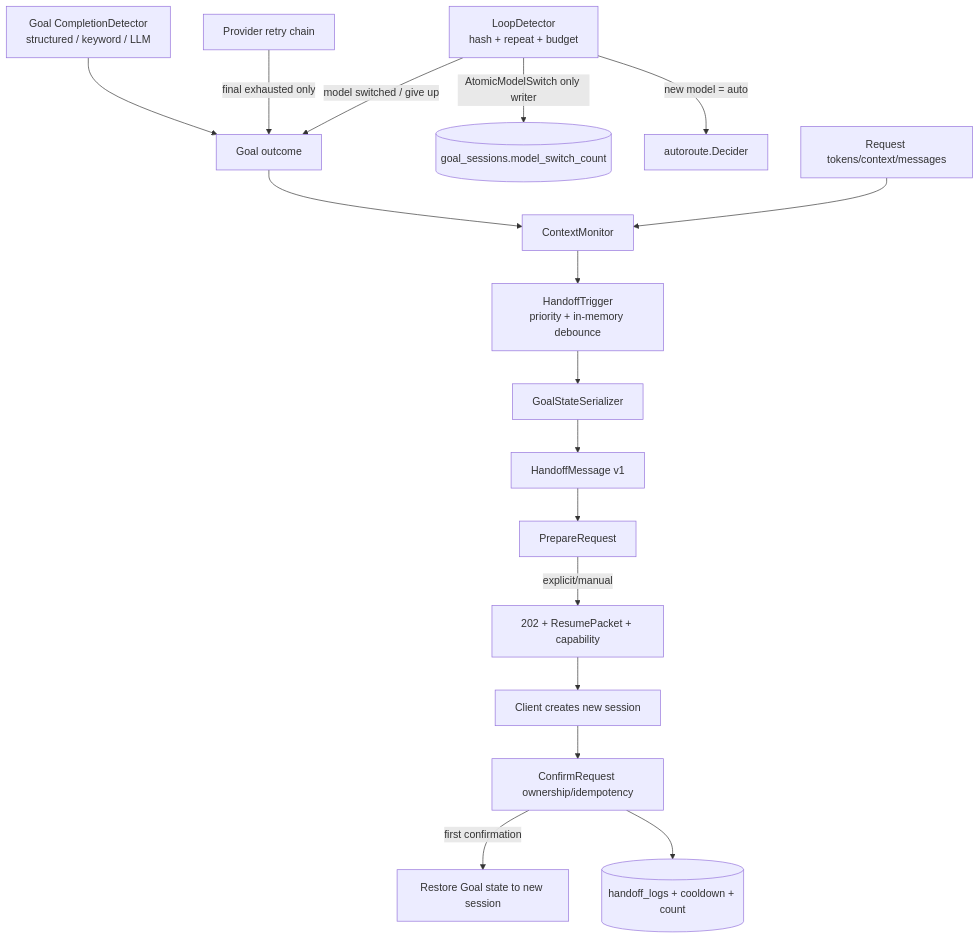
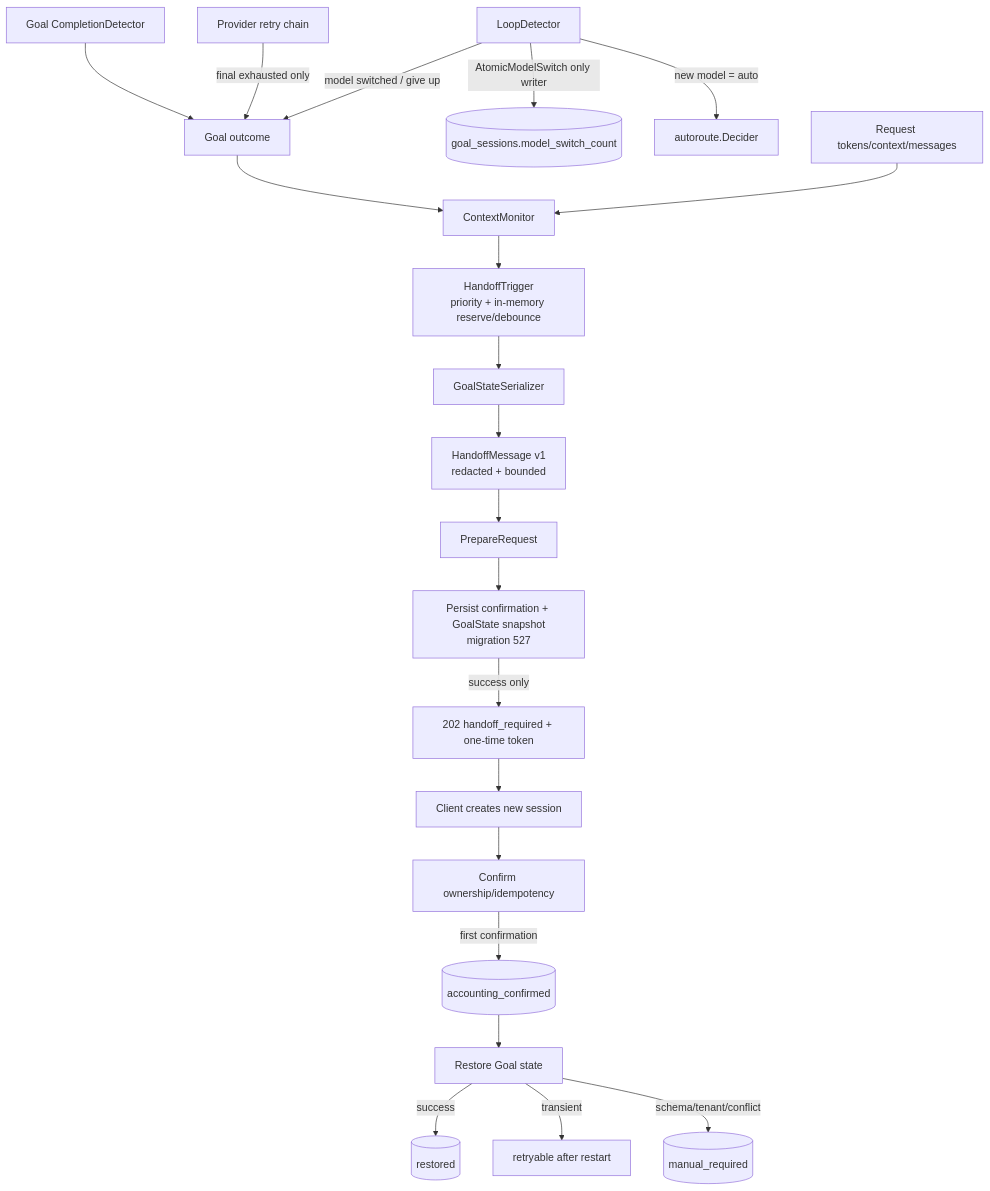
Before and after one commit to halfking/ai-native-gateway-core: the diagram in docs/会话优化v4/12-GoalHandoff契约.md, drawn with Mermaid. The commit also changed other lines of this file and 8 other files, not shown here.

````diff
--- a/docs/会话优化v4/12-GoalHandoff契约.md
+++ b/docs/会话优化v4/12-GoalHandoff契约.md
@@ -126,20 +261,24 @@
 ```mermaid
 flowchart TD
-    CD[Goal CompletionDetector<br/>structured / keyword / LLM] --> GO[Goal outcome]
+    CD[Goal CompletionDetector] --> GO[Goal outcome]
     RT[Provider retry chain] -->|final exhausted only| GO
-    LD[LoopDetector<br/>hash + repeat + budget] -->|model switched / give up| GO
+    LD[LoopDetector] -->|model switched / give up| GO
     LD -->|AtomicModelSwitch only writer| MSC[(goal_sessions.model_switch_count)]
     LD -->|new model = auto| AR[autoroute.Decider]
 
     GO --> CM[ContextMonitor]
     CTX[Request tokens/context/messages] --> CM
-    CM --> HT[HandoffTrigger<br/>priority + in-memory debounce]
+    CM --> HT[HandoffTrigger<br/>priority + in-memory reserve/debounce]
     HT --> GS[GoalStateSerializer]
-    GS --> HM[HandoffMessage v1]
+    GS --> HM[HandoffMessage v1<br/>redacted + bounded]
     HM --> PR[PrepareRequest]
-    PR -->|explicit/manual| P202[202 + ResumePacket + capability]
+    PR --> PC[Persist confirmation + GoalState snapshot<br/>migration 527]
+    PC -->|success only| P202[202 handoff_required + one-time token]
     P202 --> NS[Client creates new session]
-    NS --> CF[ConfirmRequest ownership/idempotency]
-    CF -->|first confirmation| RS[Restore Goal state to new session]
-    CF --> DB[(handoff_logs + cooldown + count)]
+    NS --> CF[Confirm ownership/idempotency]
+    CF -->|first confirmation| AC[(accounting_confirmed)]
+    AC --> RS[Restore Goal state]
+    RS -->|success| RD[(restored)]
+    RS -->|transient| RR[retryable after restart]
+    RS -->|schema/tenant/conflict| MR[(manual_required)]
 ```
````
